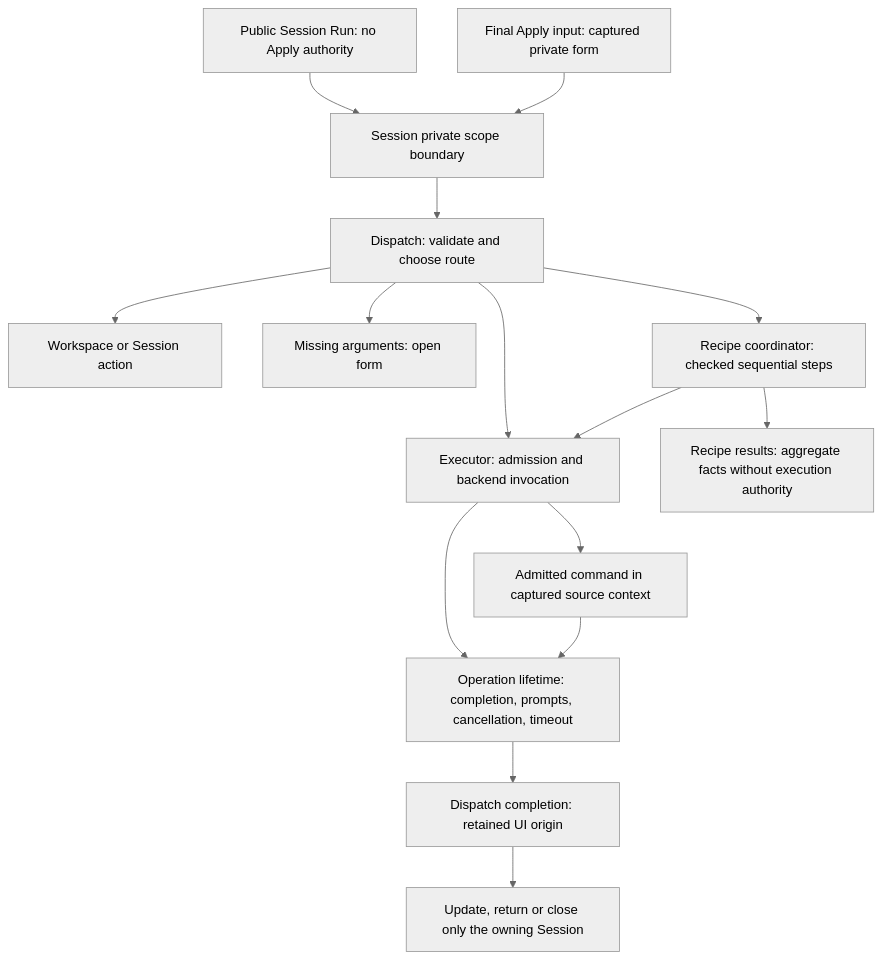
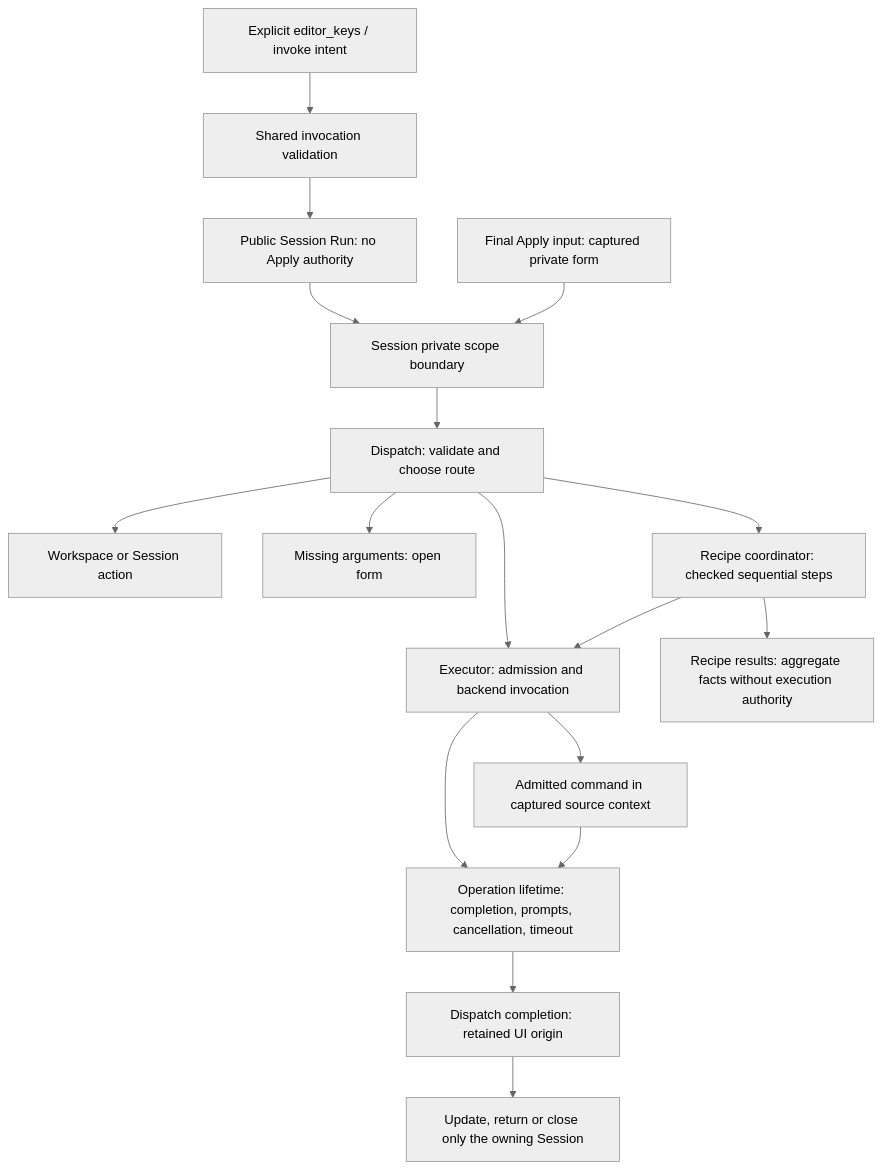
Before and after one commit to RemuWorld/RE35: the diagram in docs/development/execution-structure.md, drawn with Mermaid (neutral theme). The commit also changed other lines of this file and 71 other files, not shown here.

````diff
--- a/docs/development/execution-structure.md
+++ b/docs/development/execution-structure.md
@@ -40,17 +40,19 @@
 ```mermaid
 flowchart TD
-  Public[Public Session Run: no Apply authority] --> Scope[Session private scope boundary]
+  Keys[Explicit editor_keys / invoke intent] --> Intent[Shared invocation validation]
+  Intent --> Public[Public Session Run: no Apply authority]
+  Public --> Scope[Session private scope boundary]
   Form[Final Apply input: captured private form] --> Scope
   Scope --> Dispatch[Dispatch: validate and choose route]
   Dispatch --> UI[Workspace or Session action]
   Dispatch --> Input[Missing arguments: open form]
   Dispatch --> Recipe[Recipe coordinator: checked sequential steps]
   Dispatch --> Executor[Executor: admission and backend invocation]
   Recipe --> Executor
   Executor --> Lifetime[Operation lifetime: completion, prompts, cancellation, timeout]
   Executor --> Backend[Admitted command in captured source context]
   Backend --> Lifetime
   Lifetime --> Completion[Dispatch completion: retained UI origin]
   Completion --> Return[Update, return or close only the owning Session]
   Recipe --> Collector[Recipe results: aggregate facts without execution authority]
 ```
````
